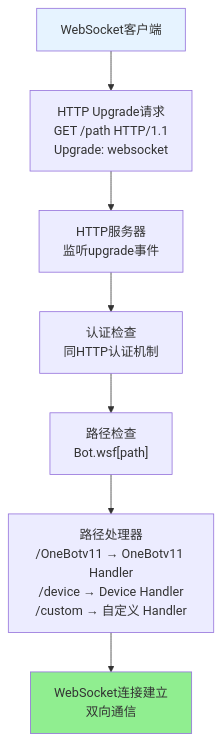
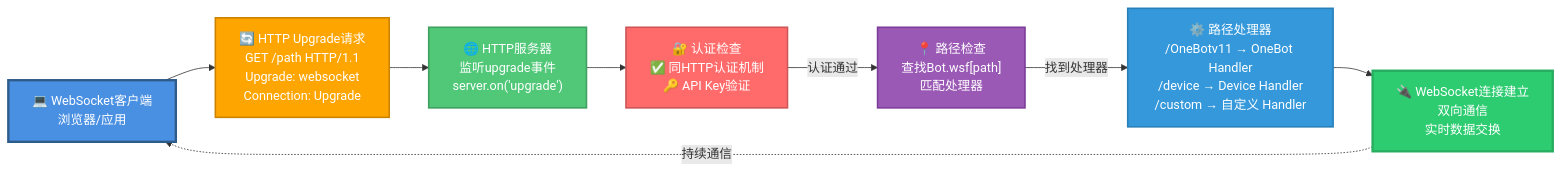
One commit to sunflowermm/XRK-AGT changed the ninth of 13 diagrams in docs/server.md. Above: the diagram before and after it, drawn with Mermaid. The commit also changed other lines of this file and 9 other files, not shown here.

````diff
--- a/docs/server.md
+++ b/docs/server.md
@@ -475,12 +565,19 @@
 ```mermaid
-flowchart TD
-    Client["WebSocket客户端"] --> Upgrade["HTTP Upgrade请求<br/>GET /path HTTP/1.1<br/>Upgrade: websocket"]
-    Upgrade --> Server["HTTP服务器<br/>监听upgrade事件"]
-    Server --> Auth["认证检查<br/>同HTTP认证机制"]
-    Auth --> PathCheck["路径检查<br/>Bot.wsf[path]"]
-    PathCheck --> Handler["路径处理器<br/>/OneBotv11 → OneBotv11 Handler<br/>/device → Device Handler<br/>/custom → 自定义 Handler"]
-    Handler --> WS["WebSocket连接建立<br/>双向通信"]
+flowchart LR
+    Client["💻 WebSocket客户端<br/>浏览器/应用"] --> Upgrade["🔄 HTTP Upgrade请求<br/>GET /path HTTP/1.1<br/>Upgrade: websocket<br/>Connection: Upgrade"]
+    Upgrade --> Server["🌐 HTTP服务器<br/>监听upgrade事件<br/>server.on('upgrade')"]
+    Server --> Auth["🔐 认证检查<br/>✅ 同HTTP认证机制<br/>🔑 API Key验证"]
+    Auth -->|"认证通过"| PathCheck["📍 路径检查<br/>查找Bot.wsf[path]<br/>匹配处理器"]
+    PathCheck -->|"找到处理器"| Handler["⚙️ 路径处理器<br/>/OneBotv11 → OneBot Handler<br/>/device → Device Handler<br/>/custom → 自定义 Handler"]
+    Handler --> WS["🔌 WebSocket连接建立<br/>双向通信<br/>实时数据交换"]
     
-    style Client fill:#E6F3FF
-    style WS fill:#90EE90
+    WS -.->|"持续通信"| Client
+    
+    style Client fill:#4A90E2,stroke:#2E5C8A,stroke-width:3px,color:#fff
+    style Upgrade fill:#FFA500,stroke:#CC8400,stroke-width:2px,color:#fff
+    style Server fill:#50C878,stroke:#3FA060,stroke-width:2px,color:#fff
+    style Auth fill:#FF6B6B,stroke:#CC5555,stroke-width:2px,color:#fff
+    style PathCheck fill:#9B59B6,stroke:#7D3C98,stroke-width:2px,color:#fff
+    style Handler fill:#3498DB,stroke:#2980B9,stroke-width:2px,color:#fff
+    style WS fill:#2ECC71,stroke:#27AE60,stroke-width:3px,color:#fff
 ```
````
